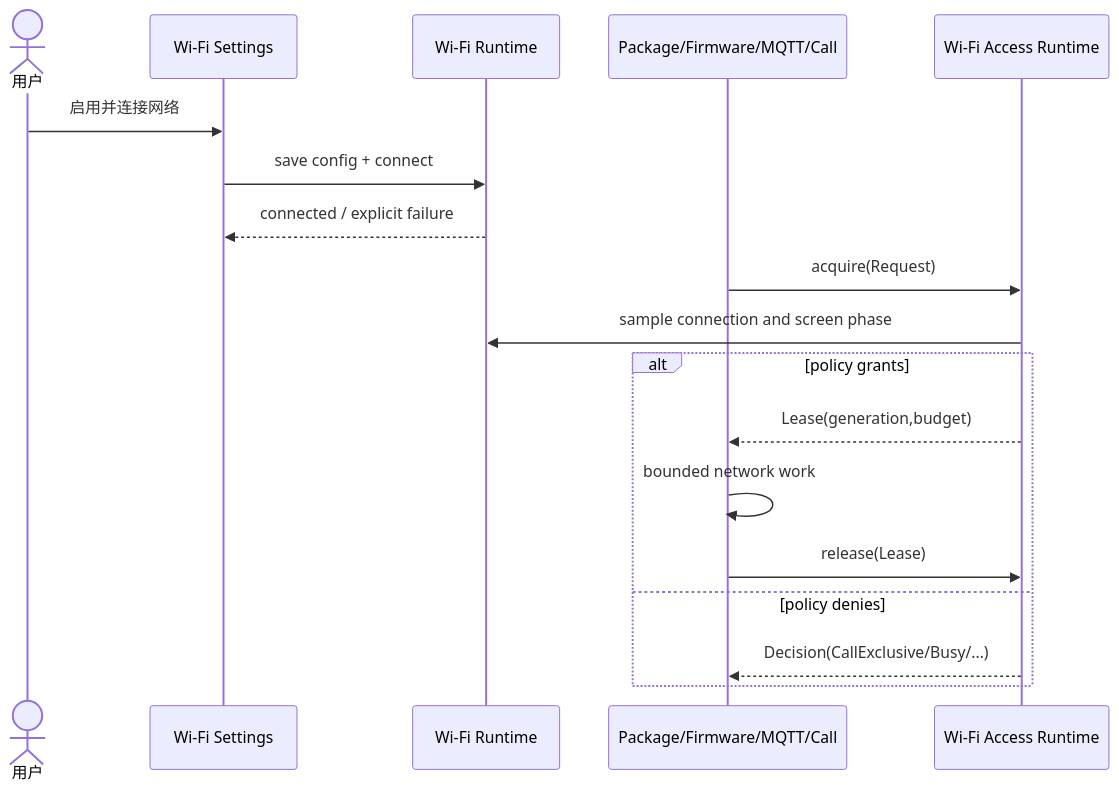
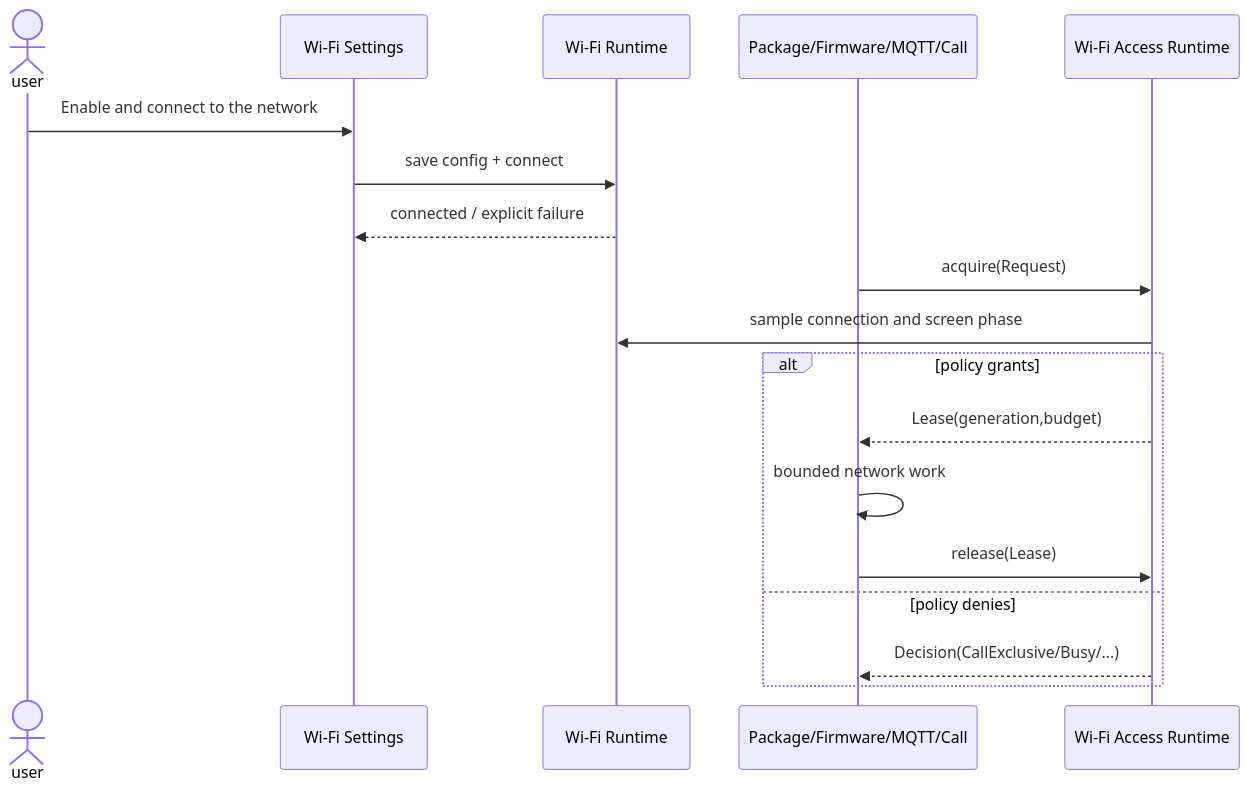
The diagram in docs/design/use-case-diagrams/connect-wifi-services/sequences/sequence-connect-wifi-services.md (manmuqingshan/trail-mate), drawn with Mermaid before and after one commit. The commit also changed other lines of this file and 527 other files, not shown here.

````diff
--- a/docs/design/use-case-diagrams/connect-wifi-services/sequences/sequence-connect-wifi-services.md
+++ b/docs/design/use-case-diagrams/connect-wifi-services/sequences/sequence-connect-wifi-services.md
@@ -3,20 +3,20 @@
 ```mermaid
 sequenceDiagram
-  actor U as 用户
+ actor U as user
   participant Settings as Wi-Fi Settings
   participant Wifi as Wi-Fi Runtime
   participant Client as Package/Firmware/MQTT/Call
   participant Access as Wi-Fi Access Runtime
-  U->>Settings: 启用并连接网络
+ U->>Settings: Enable and connect to the network
   Settings->>Wifi: save config + connect
   Wifi-->>Settings: connected / explicit failure
   Client->>Access: acquire(Request)
   Access->>Wifi: sample connection and screen phase
   alt policy grants
     Access-->>Client: Lease(generation,budget)
     Client->>Client: bounded network work
     Client->>Access: release(Lease)
   else policy denies
     Access-->>Client: Decision(CallExclusive/Busy/...)
   end
 ```
````
